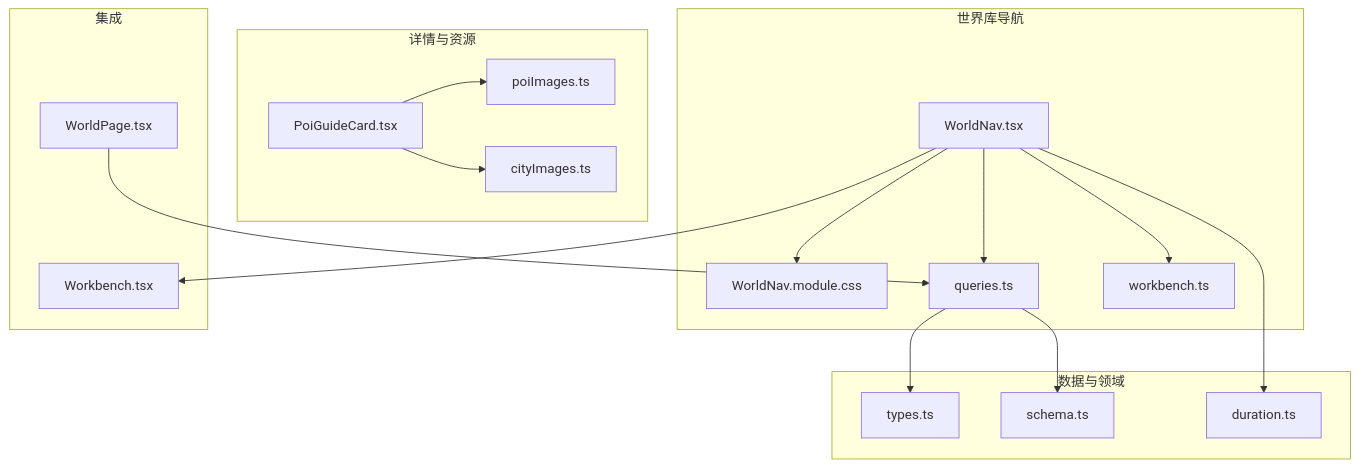
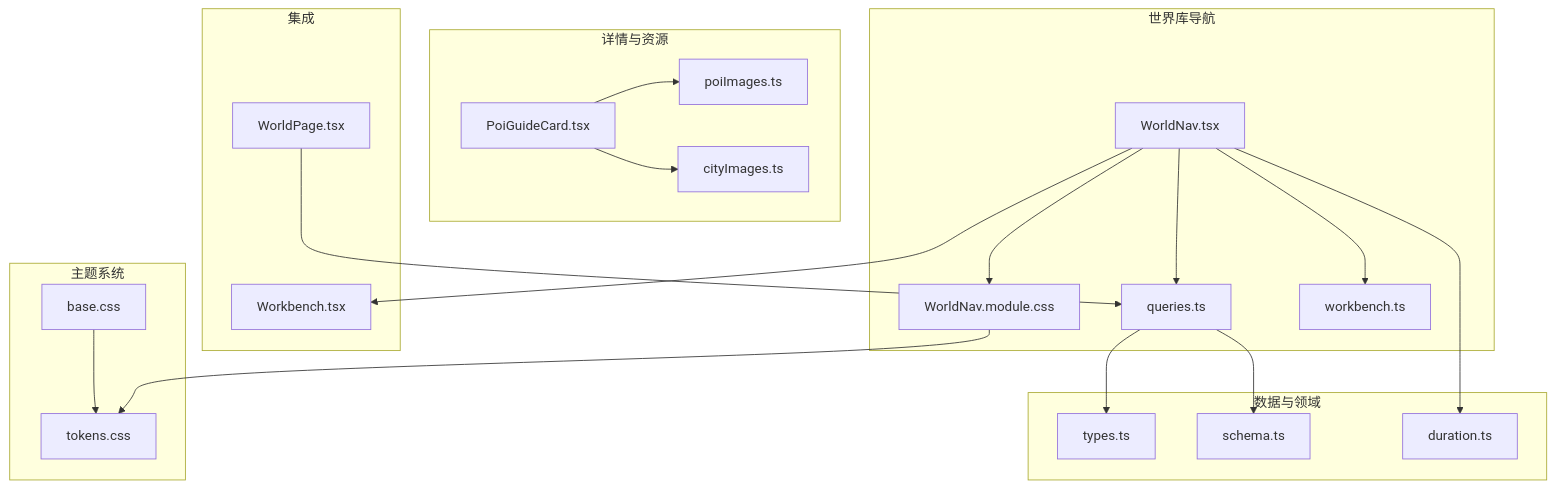
The first of 7 diagrams in .qoder/repowiki/zh/content/核心功能模块/世界库浏览模块/世界库导航组件.md (huangyilu/wanwuyishi), drawn with Mermaid before and after one commit. The commit also changed other lines of this file and 108 other files, not shown here.

````diff
--- a/.qoder/repowiki/zh/content/核心功能模块/世界库浏览模块/世界库导航组件.md
+++ b/.qoder/repowiki/zh/content/核心功能模块/世界库浏览模块/世界库导航组件.md
@@ -43,33 +53,39 @@
 ```mermaid
 graph TB
 subgraph "世界库导航"
 W["WorldNav.tsx"]
 S["WorldNav.module.css"]
 Q["queries.ts"]
 WB["workbench.ts"]
 end
 subgraph "数据与领域"
 T["types.ts"]
 D["schema.ts"]
 DUR["duration.ts"]
 end
 subgraph "详情与资源"
 PG["PoiGuideCard.tsx"]
 PI["poiImages.ts"]
 CI["cityImages.ts"]
 end
 subgraph "集成"
 TRIP["Workbench.tsx"]
 WP["WorldPage.tsx"]
 end
+subgraph "主题系统"
+TK["tokens.css"]
+BC["base.css"]
+end
 W --> Q
 W --> WB
 W --> S
 W --> DUR
 Q --> T
 Q --> D
 PG --> PI
 PG --> CI
 W --> TRIP
 WP --> Q
+S --> TK
+BC --> TK
 ```
````
